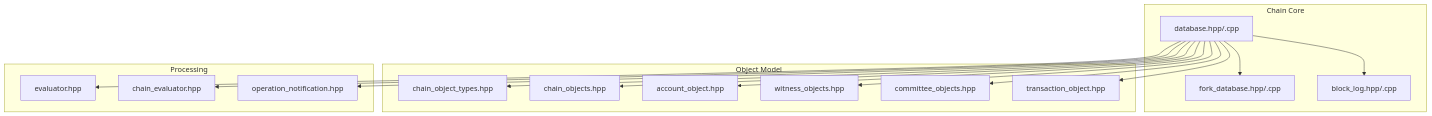
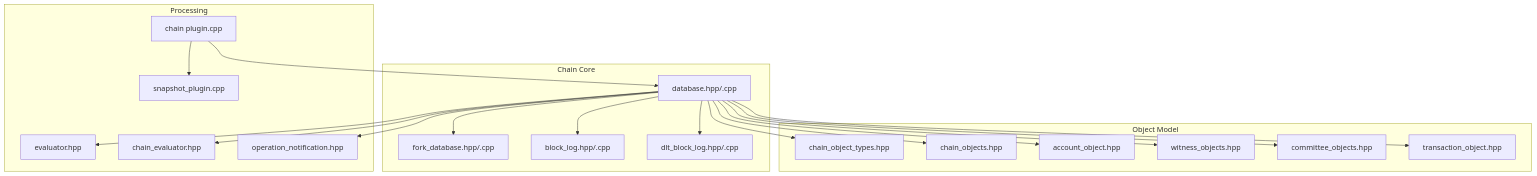
Before and after one commit to VIZ-Blockchain/viz-cpp-node: the first of 11 diagrams in .qoder/repowiki/en/content/Architecture Overview/Core Libraries/Chain Library/Chain Library.md, drawn with Mermaid. The commit also changed other lines of this file and 9 other files, not shown here.

First line of the commit message:
feat(chain): add snapshot loading and DLT mode support

````diff
--- a/.qoder/repowiki/en/content/Architecture Overview/Core Libraries/Chain Library/Chain Library.md
+++ b/.qoder/repowiki/en/content/Architecture Overview/Core Libraries/Chain Library/Chain Library.md
@@ -46,32 +61,38 @@
 ```mermaid
 graph TB
 subgraph "Chain Core"
 DB["database.hpp/.cpp"]
 FDB["fork_database.hpp/.cpp"]
 BLK["block_log.hpp/.cpp"]
+DLT["dlt_block_log.hpp/.cpp"]
 end
 subgraph "Object Model"
 OT["chain_object_types.hpp"]
 CO["chain_objects.hpp"]
 AO["account_object.hpp"]
 WO["witness_objects.hpp"]
 CT["committee_objects.hpp"]
 TO["transaction_object.hpp"]
 end
 subgraph "Processing"
 EV["evaluator.hpp"]
 CEV["chain_evaluator.hpp"]
 ON["operation_notification.hpp"]
+SNAP["snapshot_plugin.cpp"]
+CHAINPLUG["chain plugin.cpp"]
 end
 DB --> FDB
 DB --> BLK
+DB --> DLT
 DB --> OT
 DB --> CO
 DB --> AO
 DB --> WO
 DB --> CT
 DB --> TO
 DB --> EV
 DB --> CEV
 DB --> ON
+CHAINPLUG --> SNAP
+CHAINPLUG --> DB
 ```
````
